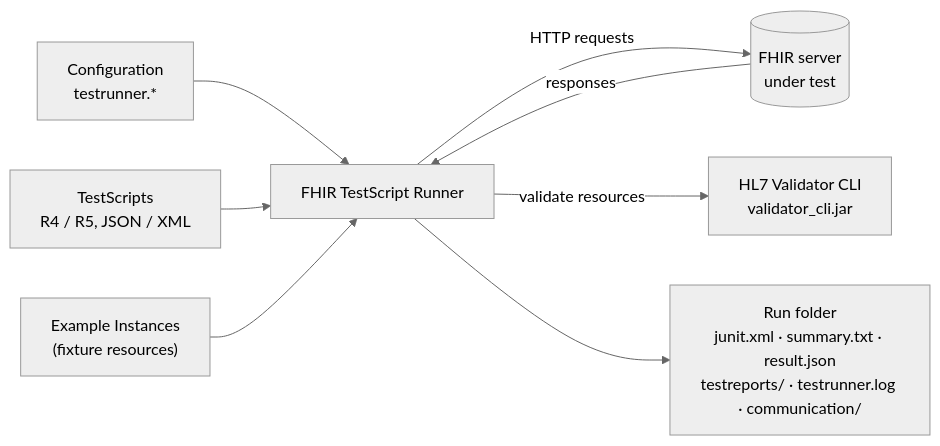
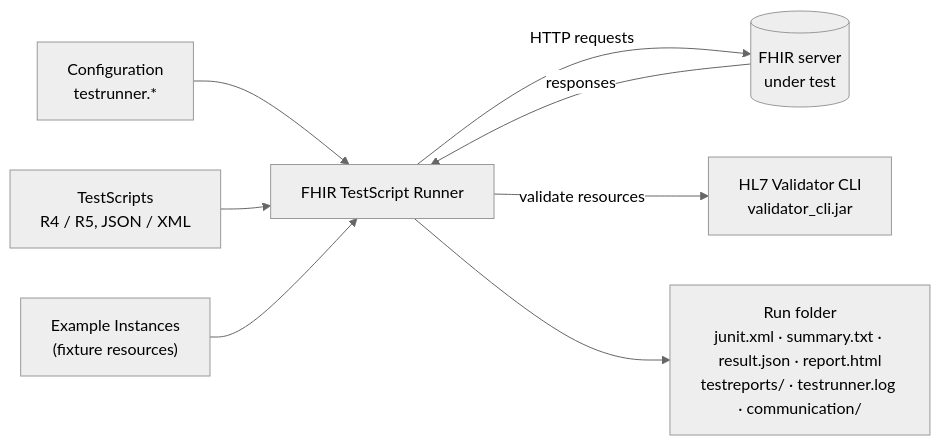
One commit to mratzenb/FHIR-TestRunner changed the diagram in docs/wiki/README.md. Above: the diagram before and after it, drawn with Mermaid (neutral theme). The commit also changed other lines of this file and 22 other files, not shown here.

First line of the commit message:
Write an HTML report that links each request to the bytes exchanged

````diff
--- a/docs/wiki/README.md
+++ b/docs/wiki/README.md
@@ -9,10 +10,10 @@
 ```mermaid
 flowchart LR
     cfg["Configuration<br/>testrunner.*"] --> runner
     ts["TestScripts<br/>R4 / R5, JSON / XML"] --> runner
     ex["Example Instances<br/>(fixture resources)"] --> runner
     runner["FHIR TestScript Runner"] -- "HTTP requests" --> server[("FHIR server<br/>under test")]
     server -- responses --> runner
     runner -- "validate resources" --> validator["HL7 Validator CLI<br/>validator_cli.jar"]
-    runner --> out["Run folder<br/>junit.xml · summary.txt · result.json<br/>testreports/ · testrunner.log · communication/"]
+    runner --> out["Run folder<br/>junit.xml · summary.txt · result.json · report.html<br/>testreports/ · testrunner.log · communication/"]
 ```
````
